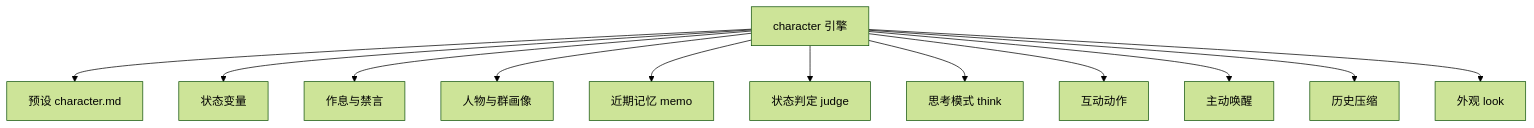
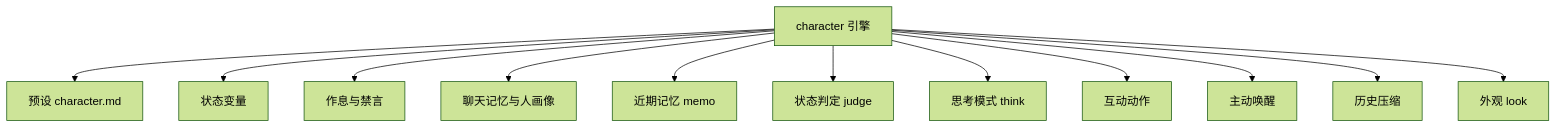
Before and after one commit to ChatLunaLab/doc: the first of 2 diagrams in docs/architecture/character.md, drawn with Mermaid (forest theme). The commit also changed other lines of this file and 12 other files, not shown here.

````diff
--- a/docs/architecture/character.md
+++ b/docs/architecture/character.md
@@ -19,14 +19,14 @@
 ```mermaid
 flowchart TD
     E[character 引擎] --> C[预设 character.md]
     E --> S[状态变量]
     E --> R[作息与禁言]
-    E --> P[人物与群画像]
+    E --> P[聊天记忆与人画像]
     E --> M[近期记忆 memo]
     E --> J[状态判定 judge]
     E --> T[思考模式 think]
     E --> A[互动动作]
     E --> W[主动唤醒]
     E --> H[历史压缩]
     E --> L[外观 look]
 ```
````
